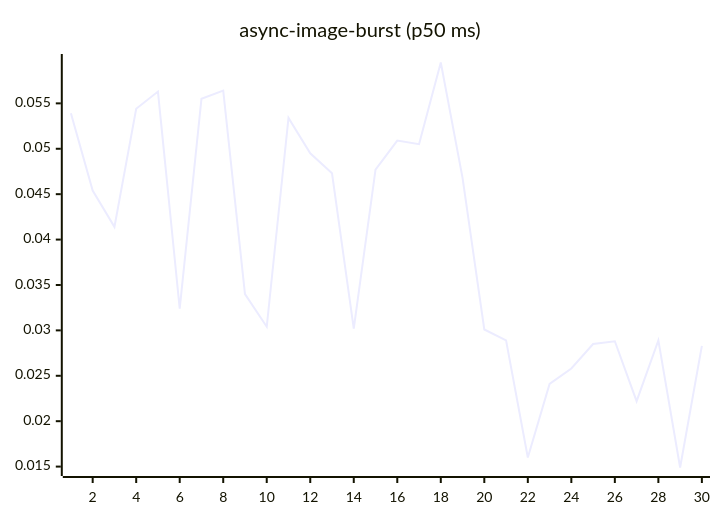
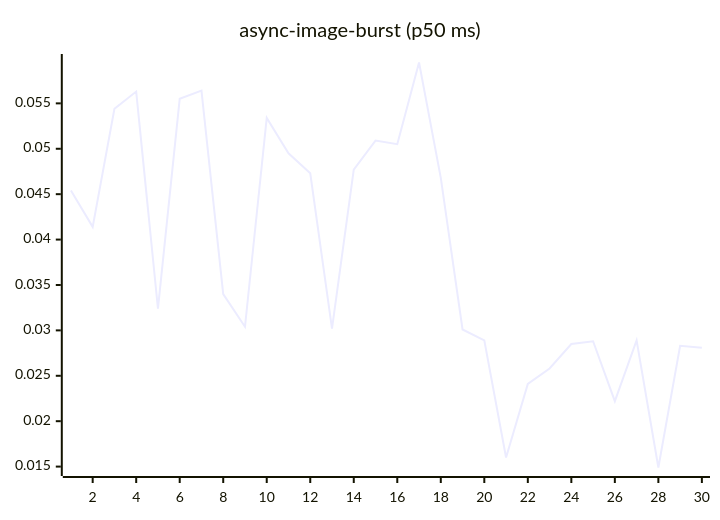
The fourth of 27 diagrams in README.md (josha/Facet), drawn with Mermaid before and after one commit. The commit also changed other lines of this file and 2 other files, not shown here.

````diff
--- a/README.md
+++ b/README.md
@@ -84,6 +84,6 @@
 ```mermaid
 xychart-beta
     title "async-image-burst (p50 ms)"
     x-axis 1 --> 30
-    line [0.0539, 0.0454, 0.0414, 0.0544, 0.0563, 0.0324, 0.0555, 0.0564, 0.0340, 0.0304, 0.0534, 0.0495, 0.0473, 0.0302, 0.0477, 0.0509, 0.0505, 0.0595, 0.0468, 0.0301, 0.0289, 0.0160, 0.0241, 0.0258, 0.0285, 0.0288, 0.0222, 0.0289, 0.0149, 0.0283]
+    line [0.0454, 0.0414, 0.0544, 0.0563, 0.0324, 0.0555, 0.0564, 0.0340, 0.0304, 0.0534, 0.0495, 0.0473, 0.0302, 0.0477, 0.0509, 0.0505, 0.0595, 0.0468, 0.0301, 0.0289, 0.0160, 0.0241, 0.0258, 0.0285, 0.0288, 0.0222, 0.0289, 0.0149, 0.0283, 0.0281]
 ```
````
